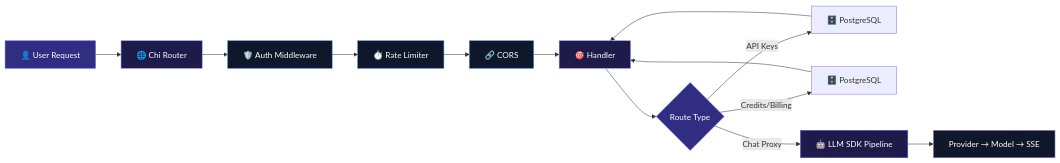
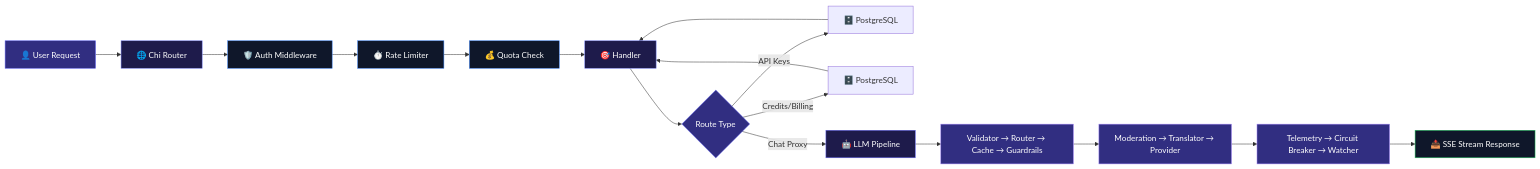
Before and after one commit to shinmentakezo07/shinapi: the diagram in README.md, drawn with Mermaid. The commit also changed other lines of this file and 79 other files, not shown here.

````diff
--- a/README.md
+++ b/README.md
@@ -363,24 +392,30 @@
 ```mermaid
 graph LR
     A["👤 User Request"] --> B["🌐 Chi Router"]
     B --> C["🛡️ Auth Middleware"]
     C --> D["⏱️ Rate Limiter"]
-    D --> E["🔗 CORS"]
+    D --> E["💰 Quota Check"]
     E --> F["🎯 Handler"]
     F --> G{"Route Type"}
     G -->|"API Keys"| H["🗄️ PostgreSQL"]
     G -->|"Credits/Billing"| I["🗄️ PostgreSQL"]
-    G -->|"Chat Proxy"| J["🤖 LLM SDK Pipeline"]
-    J --> K["Provider → Model → SSE"]
+    G -->|"Chat Proxy"| J["🤖 LLM Pipeline"]
+    J --> K["Validator → Router → Cache → Guardrails"]
+    K --> L["Moderation → Translator → Provider"]
+    L --> M["Telemetry → Circuit Breaker → Watcher"]
+    M --> N["📤 SSE Stream Response"]
     H --> F
     I --> F
     style A fill:#312e81,color:#fff,stroke:#6366f1
     style B fill:#1e1b4b,color:#fff,stroke:#818cf8
     style C fill:#0f172a,color:#fff,stroke:#3b82f6
     style D fill:#0f172a,color:#fff,stroke:#3b82f6
     style E fill:#0f172a,color:#fff,stroke:#3b82f6
     style F fill:#1e1b4b,color:#fff,stroke:#818cf8
     style G fill:#312e81,color:#fff,stroke:#6366f1
     style J fill:#1e1b4b,color:#fff,stroke:#6366f1
-    style K fill:#0f172a,color:#fff,stroke:#a78bfa
+    style K fill:#312e81,color:#fff,stroke:#a78bfa
+    style L fill:#312e81,color:#fff,stroke:#a78bfa
+    style M fill:#312e81,color:#fff,stroke:#a78bfa
+    style N fill:#0f172a,color:#fff,stroke:#22c55e
 ```
````
